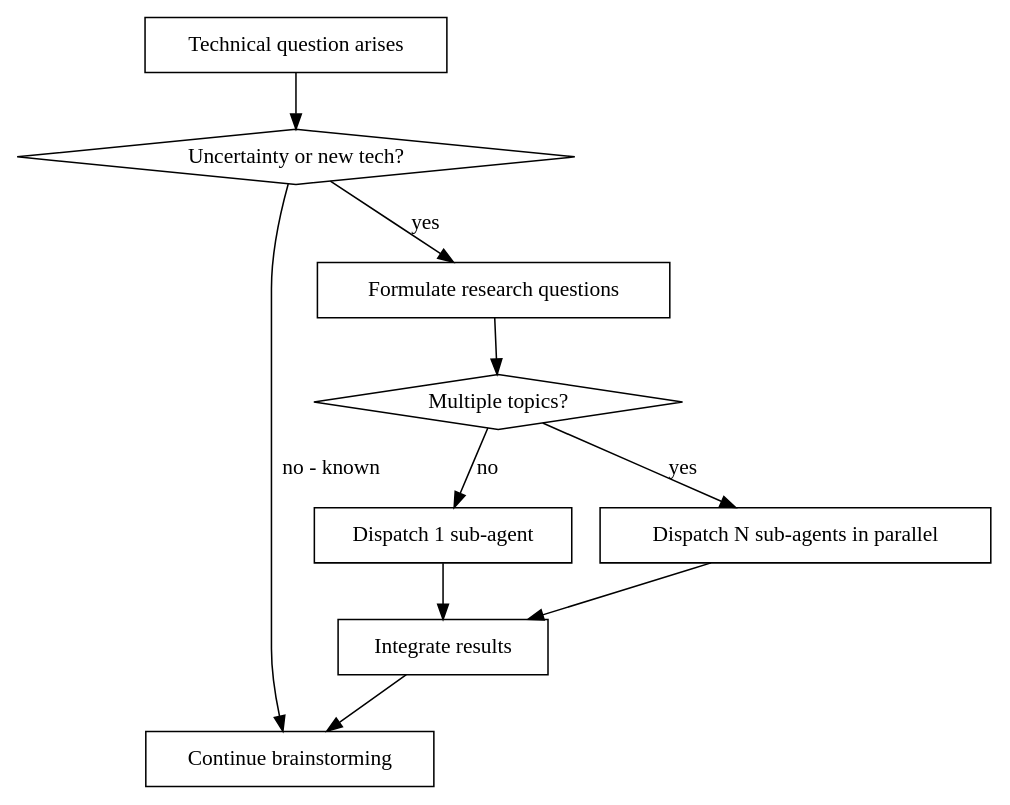
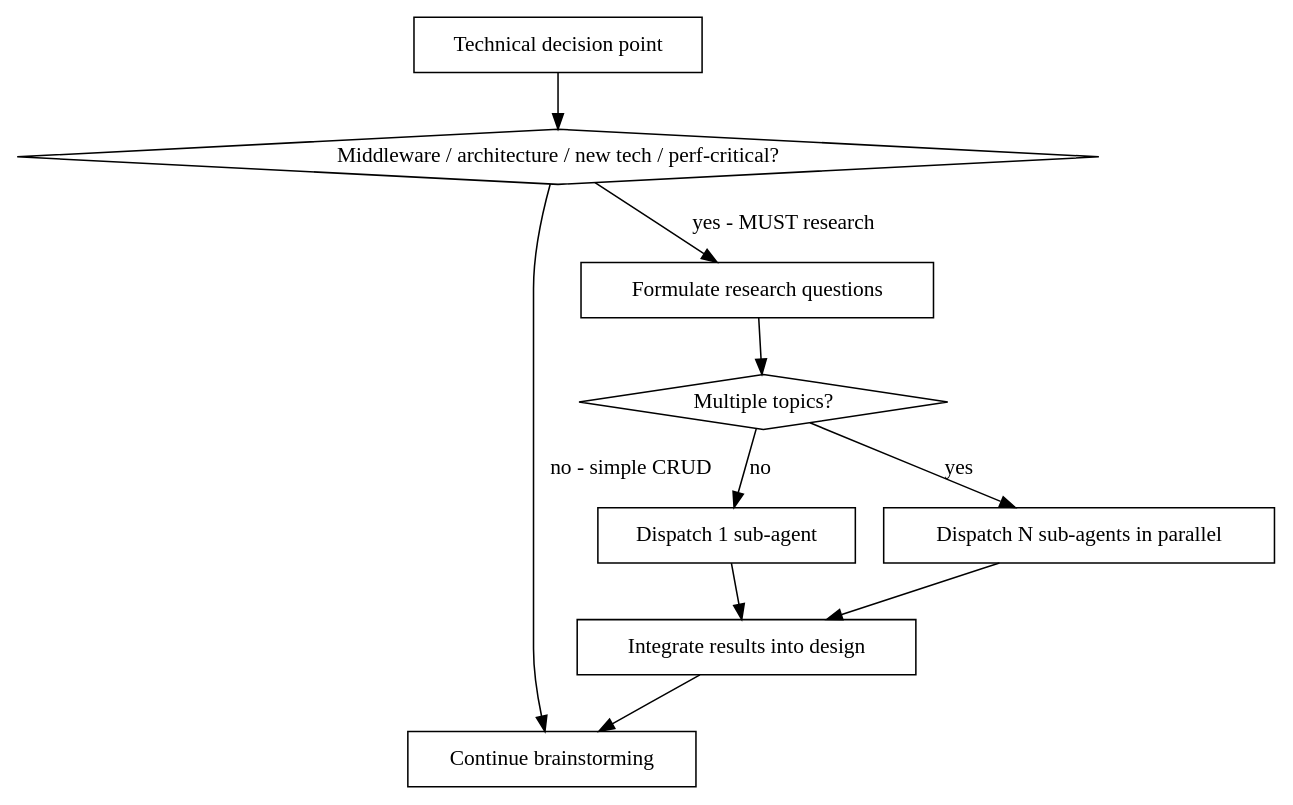
One commit to yunboom/my-superpowers changed the diagram in skills/generating-design/SKILL.md. Above: the diagram before and after it, drawn with Graphviz. The commit also changed other lines of this file and 1 other file, not shown here.

First line of the commit message:
refactor: mandate deep-research for middleware/architecture/new-tech decisions

````diff
--- a/skills/generating-design/SKILL.md
+++ b/skills/generating-design/SKILL.md
@@ -62,22 +79,22 @@
 ```dot
 digraph research_trigger {
-    "Technical question arises" [shape=box];
-    "Uncertainty or new tech?" [shape=diamond];
+    "Technical decision point" [shape=box];
+    "Middleware / architecture / new tech / perf-critical?" [shape=diamond];
     "Continue brainstorming" [shape=box];
     "Formulate research questions" [shape=box];
     "Multiple topics?" [shape=diamond];
     "Dispatch 1 sub-agent" [shape=box];
     "Dispatch N sub-agents in parallel" [shape=box];
-    "Integrate results" [shape=box];
+    "Integrate results into design" [shape=box];
 
-    "Technical question arises" -> "Uncertainty or new tech?";
-    "Uncertainty or new tech?" -> "Continue brainstorming" [label="no - known"];
-    "Uncertainty or new tech?" -> "Formulate research questions" [label="yes"];
+    "Technical decision point" -> "Middleware / architecture / new tech / perf-critical?";
+    "Middleware / architecture / new tech / perf-critical?" -> "Continue brainstorming" [label="no - simple CRUD"];
+    "Middleware / architecture / new tech / perf-critical?" -> "Formulate research questions" [label="yes - MUST research"];
     "Formulate research questions" -> "Multiple topics?";
     "Multiple topics?" -> "Dispatch 1 sub-agent" [label="no"];
     "Multiple topics?" -> "Dispatch N sub-agents in parallel" [label="yes"];
-    "Dispatch 1 sub-agent" -> "Integrate results";
-    "Dispatch N sub-agents in parallel" -> "Integrate results";
-    "Integrate results" -> "Continue brainstorming";
+    "Dispatch 1 sub-agent" -> "Integrate results into design";
+    "Dispatch N sub-agents in parallel" -> "Integrate results into design";
+    "Integrate results into design" -> "Continue brainstorming";
 }
 ```
````
